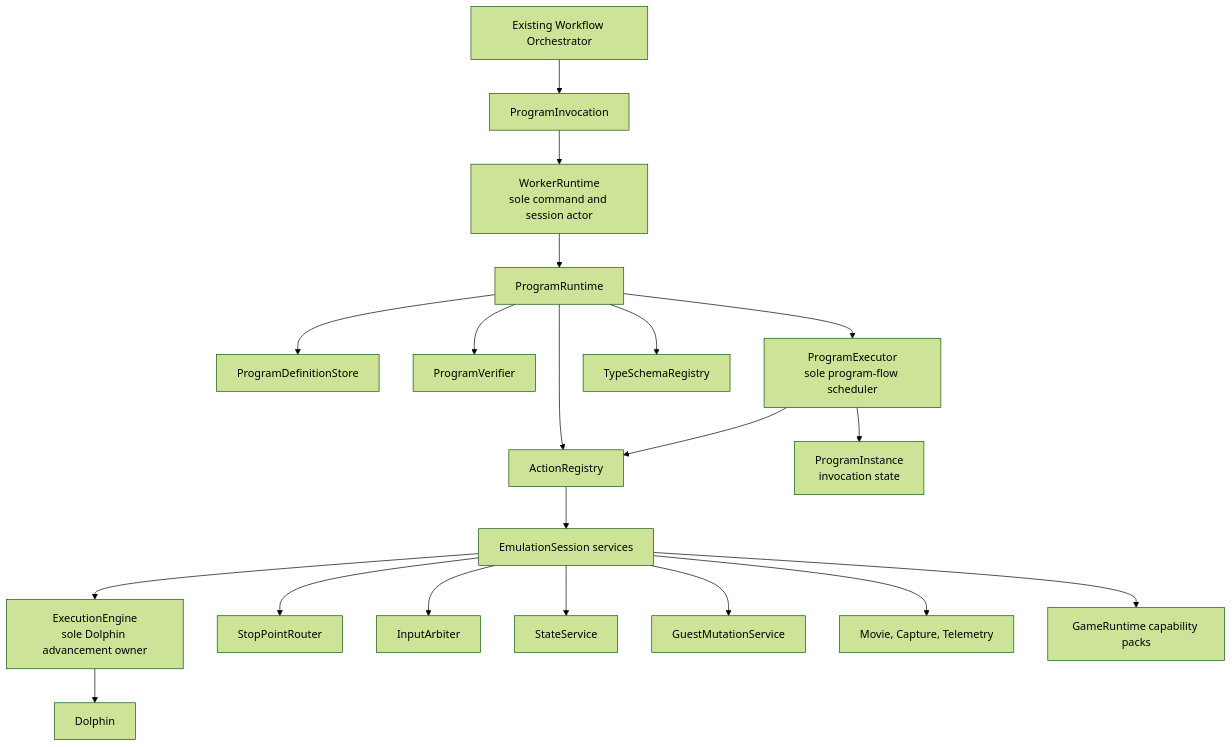
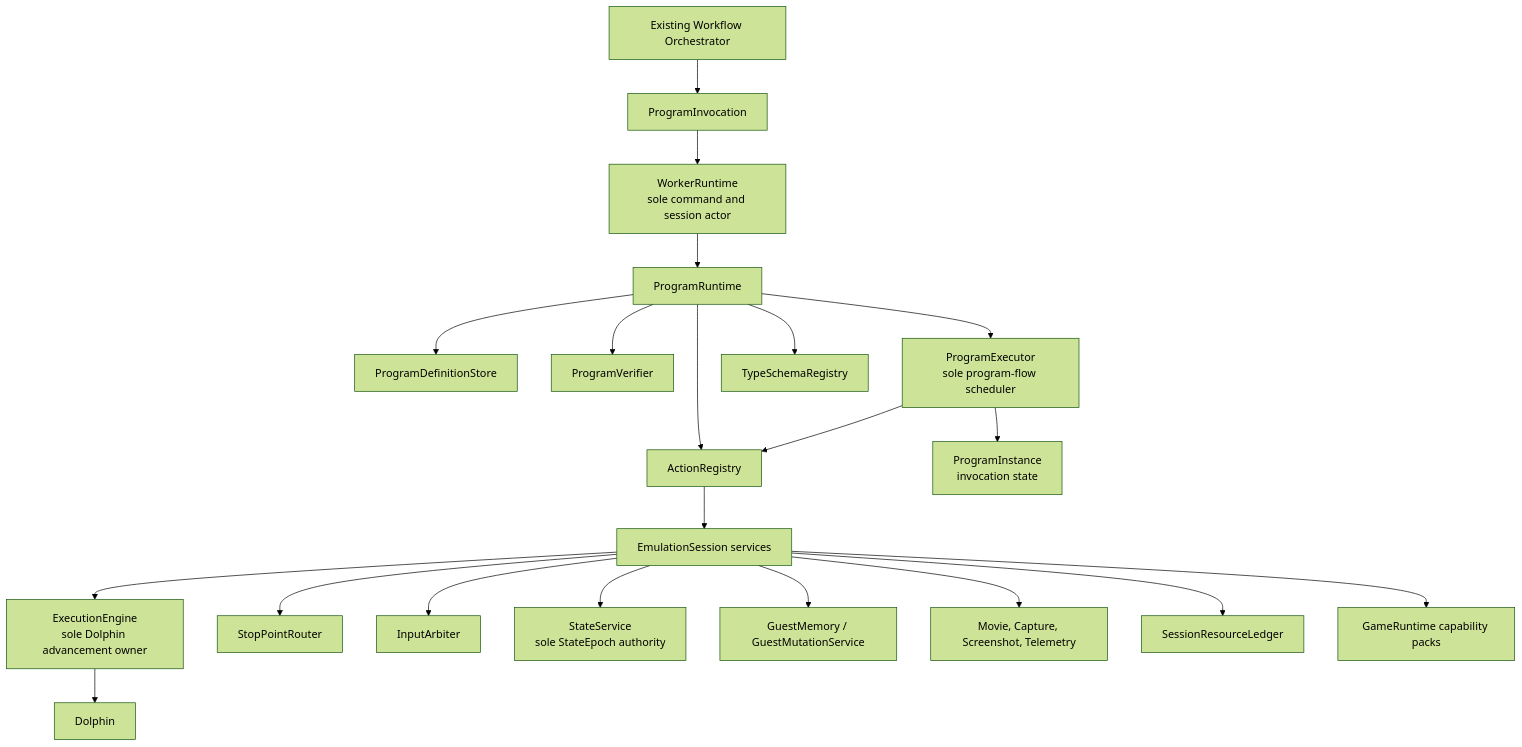
The diagram in planning/ExecutionRuntime/README.md (jahorta/SAVOR), drawn with Mermaid (forest theme) before and after one commit. The commit also changed other lines of this file and 73 other files, not shown here.

````diff
--- a/planning/ExecutionRuntime/README.md
+++ b/planning/ExecutionRuntime/README.md
@@ -75,22 +77,23 @@
 ```mermaid
 flowchart TD
     WF["Existing Workflow Orchestrator"] --> INV["ProgramInvocation"]
     INV --> WR["WorkerRuntime<br/>sole command and session actor"]
     WR --> PR["ProgramRuntime"]
     PR --> DS["ProgramDefinitionStore"]
     PR --> VF["ProgramVerifier"]
     PR --> PE["ProgramExecutor<br/>sole program-flow scheduler"]
     PR --> AR["ActionRegistry"]
     PR --> TR["TypeSchemaRegistry"]
     PE --> PI["ProgramInstance<br/>invocation state"]
     PE --> AR
     AR --> ES["EmulationSession services"]
     ES --> EE["ExecutionEngine<br/>sole Dolphin advancement owner"]
     ES --> SR["StopPointRouter"]
     ES --> IA["InputArbiter"]
-    ES --> SS["StateService"]
-    ES --> GM["GuestMutationService"]
-    ES --> MC["Movie, Capture, Telemetry"]
+    ES --> SS["StateService<br/>sole StateEpoch authority"]
+    ES --> GM["GuestMemory / GuestMutationService"]
+    ES --> MC["Movie, Capture, Screenshot, Telemetry"]
+    ES --> RL["SessionResourceLedger"]
     ES --> GR["GameRuntime capability packs"]
     EE --> D["Dolphin"]
 ```
````
